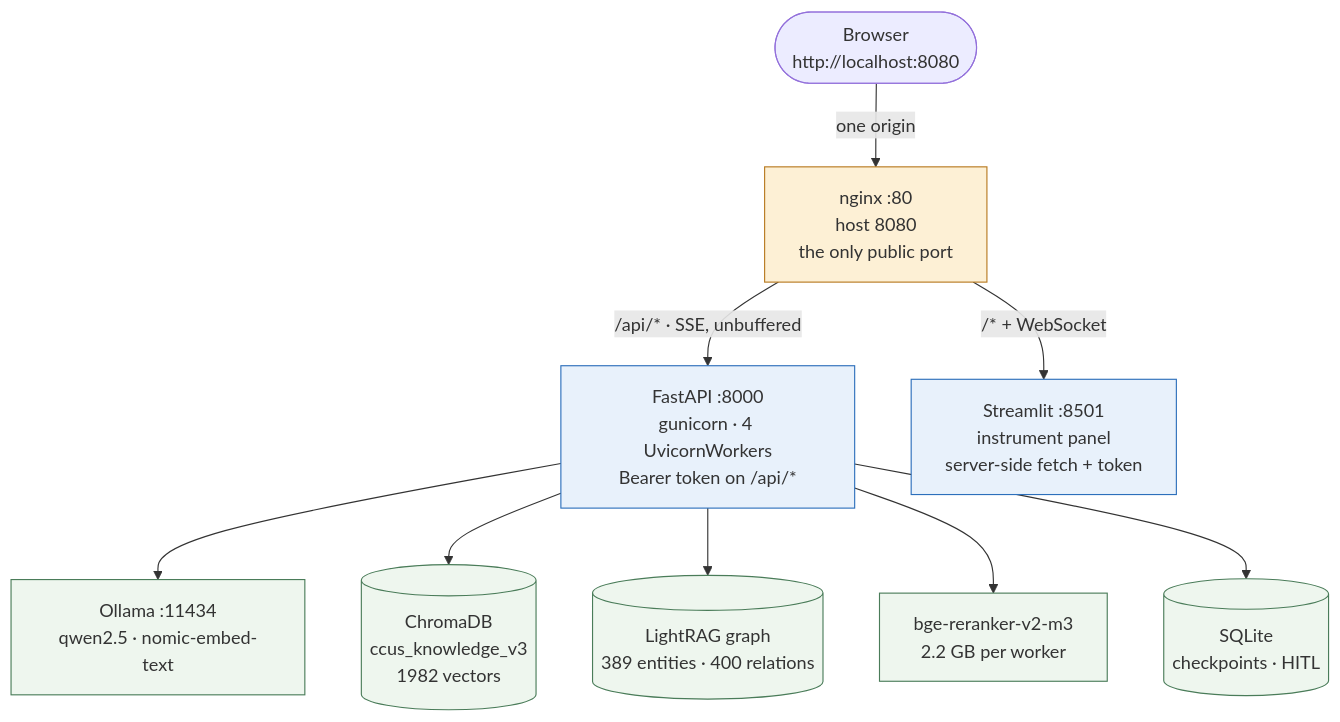
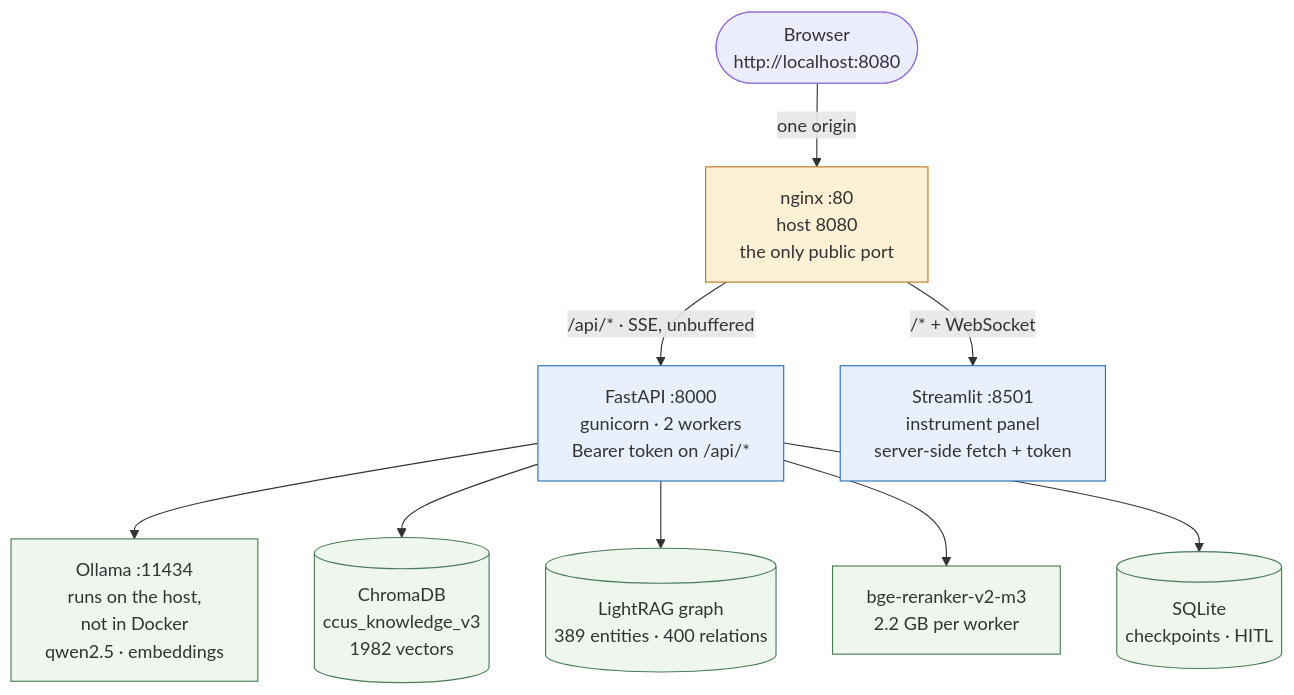
One commit to qinruizhang001-hash/petro-rag-agent changed the first of 2 diagrams in README.md. Above: the diagram before and after it, drawn with Mermaid. The commit also changed other lines of this file and 5 other files, not shown here.

````diff
--- a/README.md
+++ b/README.md
@@ -37,31 +38,31 @@
 ```mermaid
 flowchart TB
     B(["Browser<br/>http://localhost:8080"])
 
     NG["nginx :80<br/>host 8080<br/>the only public port"]
 
-    BE["FastAPI :8000<br/>gunicorn · 4 UvicornWorkers<br/>Bearer token on /api/*"]
+    BE["FastAPI :8000<br/>gunicorn · 2 workers<br/>Bearer token on /api/*"]
     FE["Streamlit :8501<br/>instrument panel<br/>server-side fetch + token"]
 
-    OL["Ollama :11434<br/>qwen2.5 · nomic-embed-text"]
+    OL["Ollama :11434<br/>runs on the host,<br/>not in Docker<br/>qwen2.5 · embeddings"]
     CH[("ChromaDB<br/>ccus_knowledge_v3<br/>1982 vectors")]
     GR[("LightRAG graph<br/>389 entities · 400 relations")]
     RR["bge-reranker-v2-m3<br/>2.2 GB per worker"]
     SQ[("SQLite<br/>checkpoints · HITL")]
 
     B -->|"one origin"| NG
     NG -->|"/* + WebSocket"| FE
     NG -->|"/api/* · SSE, unbuffered"| BE
     BE --> OL
     BE --> CH
     BE --> GR
     BE --> RR
     BE --> SQ
 
     classDef edgeStyle fill:#fdf0d5,stroke:#b7791f,stroke-width:1px
     classDef appStyle fill:#e8f1fb,stroke:#2c6fbb,stroke-width:1px
     classDef dataStyle fill:#eef6ee,stroke:#4a7c59,stroke-width:1px
     class NG edgeStyle
     class FE,BE appStyle
     class OL,CH,GR,RR,SQ dataStyle
 ```
````
